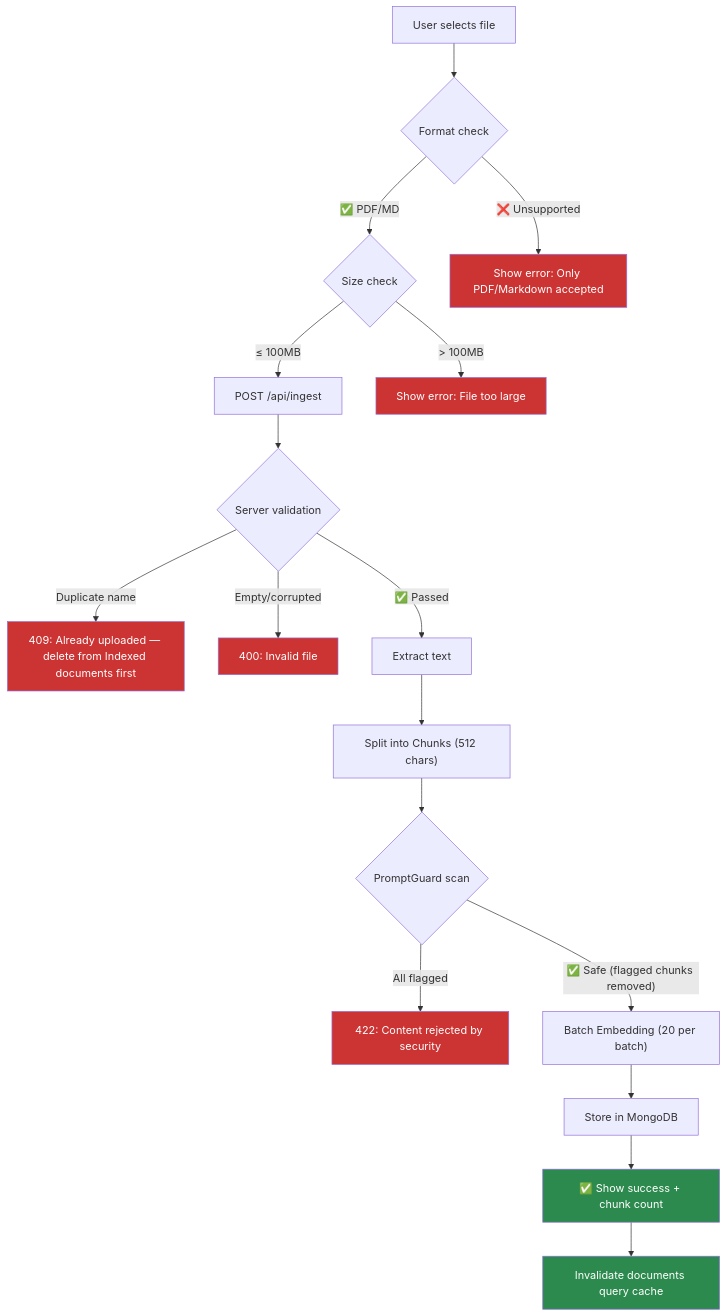
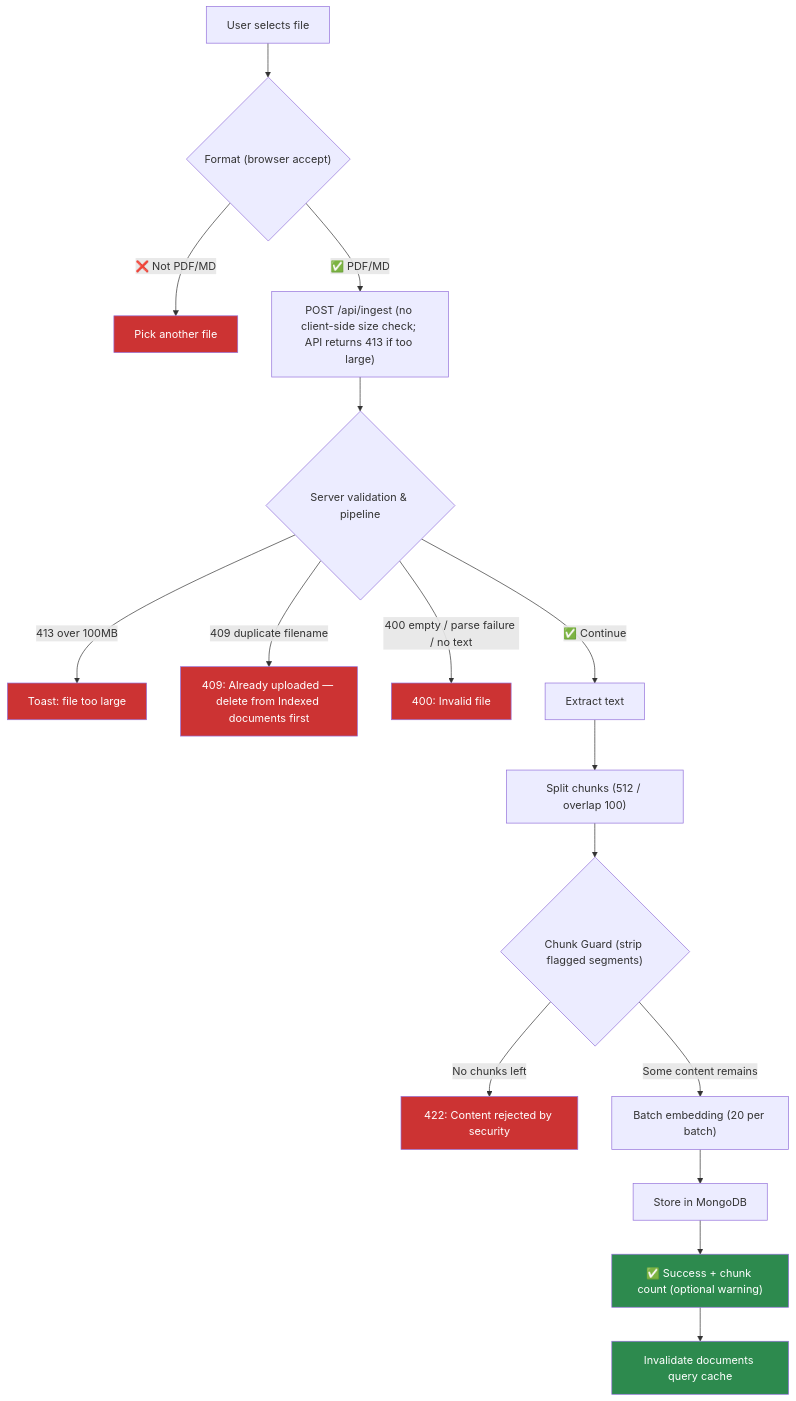
One commit to johnmak101-ops/RevisionApp changed the second of 8 diagrams in docs/en/UI_FLOW_DIAGRAM.md. Above: the diagram before and after it, drawn with Mermaid. The commit also changed 37 other files, not shown here.

Commit message:
docs: update project documentation and sequence diagrams

````diff
--- a/docs/en/UI_FLOW_DIAGRAM.md
+++ b/docs/en/UI_FLOW_DIAGRAM.md
@@ -26,30 +26,28 @@
 ```mermaid
 flowchart TD
-    A["User selects file"] --> B{"Format check"}
-    B -->|"✅ PDF/MD"| C{"Size check"}
-    B -->|"❌ Unsupported"| ERR1["Show error: Only PDF/Markdown accepted"]
-    
-    C -->|"≤ 100MB"| D["POST /api/ingest"]
-    C -->|"> 100MB"| ERR2["Show error: File too large"]
-    
-    D --> E{"Server validation"}
-    E -->|"Duplicate name"| ERR3["409: Already uploaded — delete from Indexed documents first"]
-    E -->|"Empty/corrupted"| ERR4["400: Invalid file"]
-    E -->|"✅ Passed"| F["Extract text"]
-    
-    F --> G["Split into Chunks (512 chars)"]
-    G --> PG{"PromptGuard scan"}
-    PG -->|"All flagged"| ERR5["422: Content rejected by security"]
-    PG -->|"✅ Safe (flagged chunks removed)"| H["Batch Embedding (20 per batch)"]
+    A["User selects file"] --> B{"Format (browser accept)"}
+    B -->|"❌ Not PDF/MD"| ERR1["Pick another file"]
+    B -->|"✅ PDF/MD"| D["POST /api/ingest (no client-side size check; API returns 413 if too large)"]
+
+    D --> E{"Server validation & pipeline"}
+    E -->|"413 over 100MB"| ERR413["Toast: file too large"]
+    E -->|"409 duplicate filename"| ERR3["409: Already uploaded — delete from Indexed documents first"]
+    E -->|"400 empty / parse failure / no text"| ERR4["400: Invalid file"]
+    E -->|"✅ Continue"| F["Extract text"]
+
+    F --> G["Split chunks (512 / overlap 100)"]
+    G --> PG{"Chunk Guard (strip flagged segments)"}
+    PG -->|"No chunks left"| ERR5["422: Content rejected by security"]
+    PG -->|"Some content remains"| H["Batch embedding (20 per batch)"]
     H --> I["Store in MongoDB"]
-    I --> J["✅ Show success + chunk count"]
+    I --> J["✅ Success + chunk count (optional warning)"]
     J --> K["Invalidate documents query cache"]
-    
+
     style J fill:#2d8a4e,color:#fff
     style K fill:#2d8a4e,color:#fff
     style ERR1 fill:#cc3333,color:#fff
-    style ERR2 fill:#cc3333,color:#fff
+    style ERR413 fill:#cc3333,color:#fff
     style ERR3 fill:#cc3333,color:#fff
     style ERR4 fill:#cc3333,color:#fff
     style ERR5 fill:#cc3333,color:#fff
 ```
````
